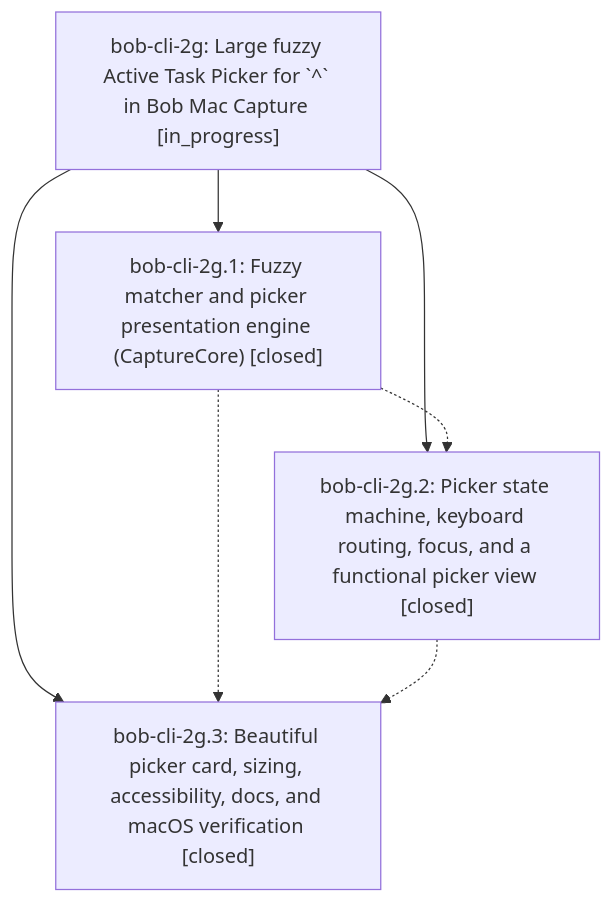
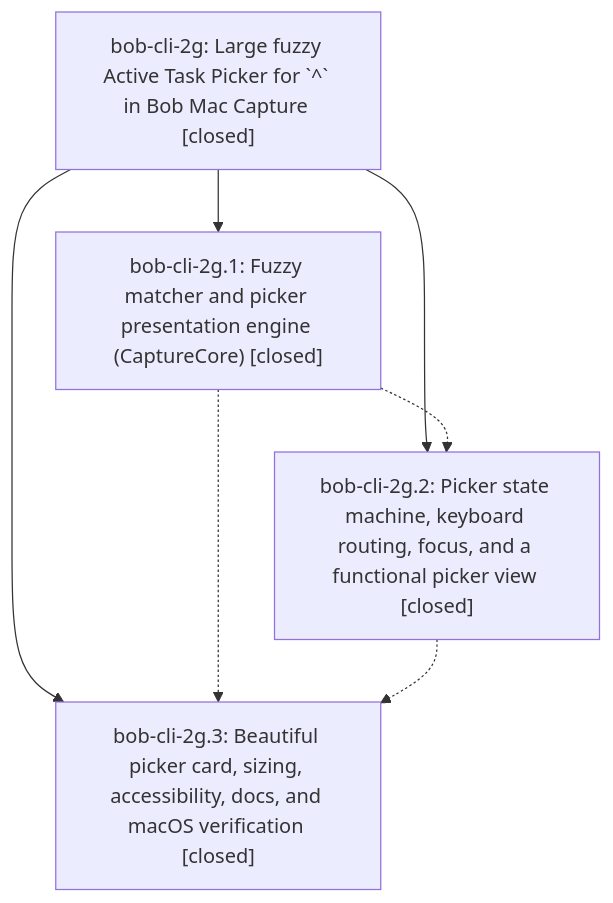
The diagram in pages/bob-cli-2g/README.md (bobs-org/bob-cli--beads), drawn with Mermaid before and after one commit. The commit also changed other lines of this file, not shown here.

First line of the commit message:
chore(beads): sync bead state and pages for bob-cli-2g

````diff
--- a/pages/bob-cli-2g/README.md
+++ b/pages/bob-cli-2g/README.md
@@ -24,13 +32,13 @@
 ```mermaid
 flowchart TD
-    n0["bob-cli-2g: Large fuzzy Active Task Picker for `^` in Bob Mac Capture [in_progress]"]
+    n0["bob-cli-2g: Large fuzzy Active Task Picker for `^` in Bob Mac Capture [closed]"]
     n1["bob-cli-2g.1: Fuzzy matcher and picker presentation engine (CaptureCore) [closed]"]
     n2["bob-cli-2g.2: Picker state machine, keyboard routing, focus, and a functional picker view [closed]"]
     n3["bob-cli-2g.3: Beautiful picker card, sizing, accessibility, docs, and macOS verification [closed]"]
     n0 --> n1
     n0 --> n2
     n0 --> n3
     n1 -.-> n2
     n1 -.-> n3
     n2 -.-> n3
 ```
````
